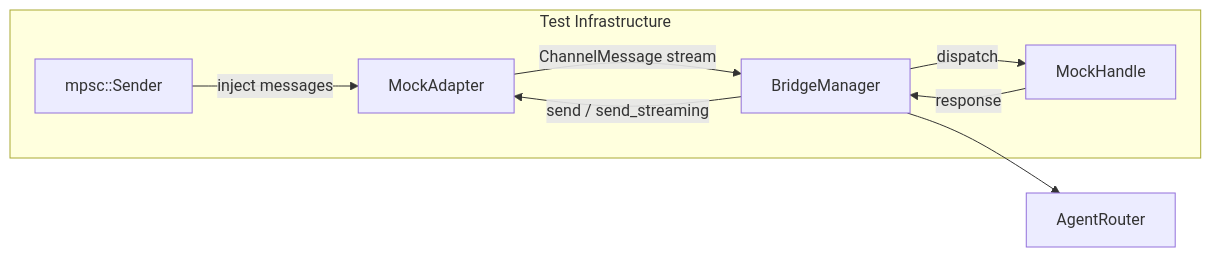
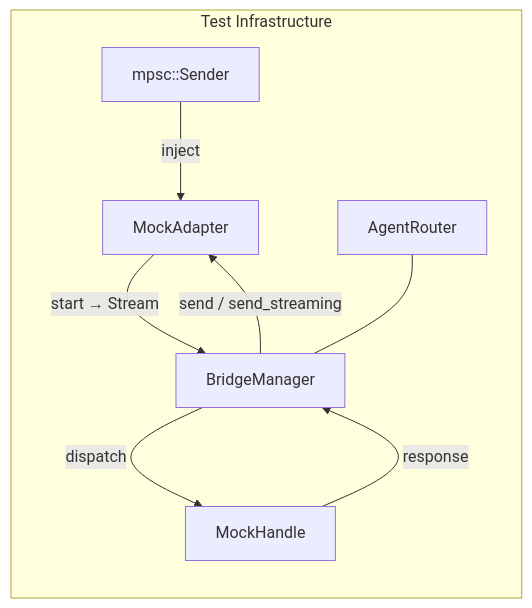
One commit to leszek3737/librefang-WIki changed the diagram in other-librefang-channels-tests.md. Above: the diagram before and after it, drawn with Mermaid. The commit also changed other lines of this file and 98 other files, not shown here.

````diff
--- a/other-librefang-channels-tests.md
+++ b/other-librefang-channels-tests.md
@@ -11,11 +11,11 @@
 ```mermaid
 graph LR
-    subgraph Test Infrastructure
-        TX[mpsc::Sender] -->|inject messages| MA[MockAdapter]
-        MA -->|ChannelMessage stream| BM[BridgeManager]
+    subgraph "Test Infrastructure"
+        TX[mpsc::Sender] -->|inject| MA[MockAdapter]
+        MA -->|start → Stream| BM[BridgeManager]
         BM -->|dispatch| MH[MockHandle]
         MH -->|response| BM
         BM -->|send / send_streaming| MA
+        AR[AgentRouter] --- BM
     end
-    BM --> AR[AgentRouter]
 ```
````
